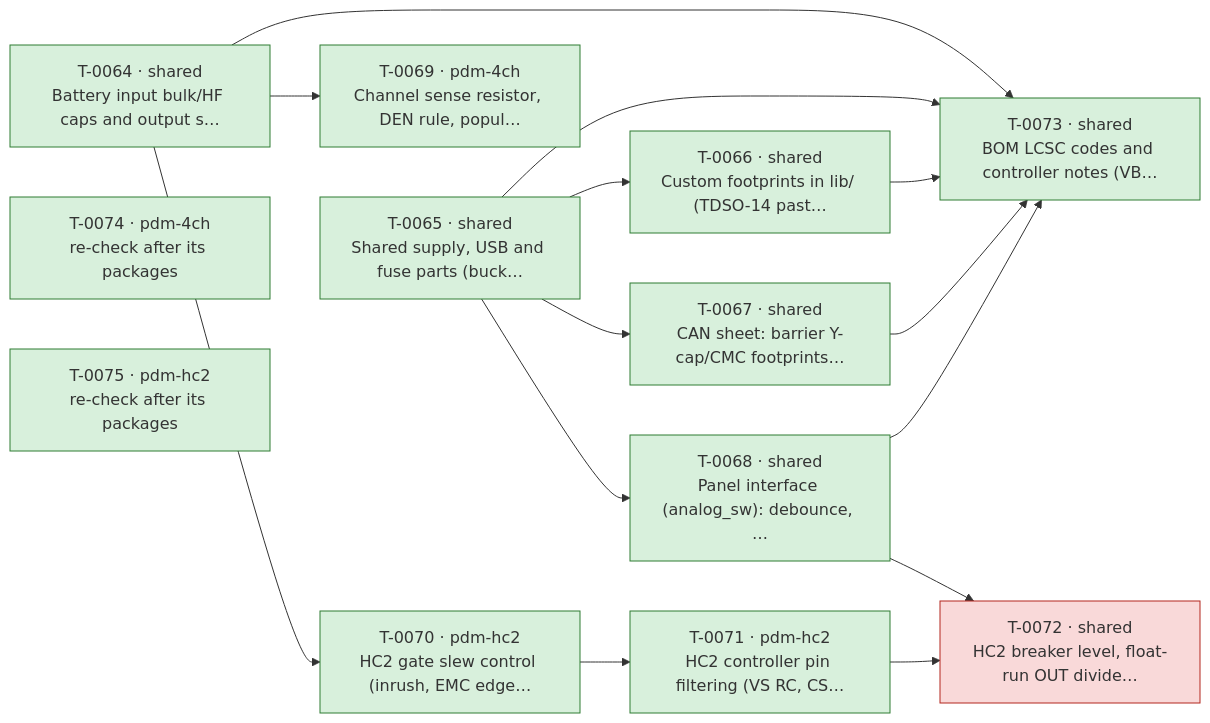
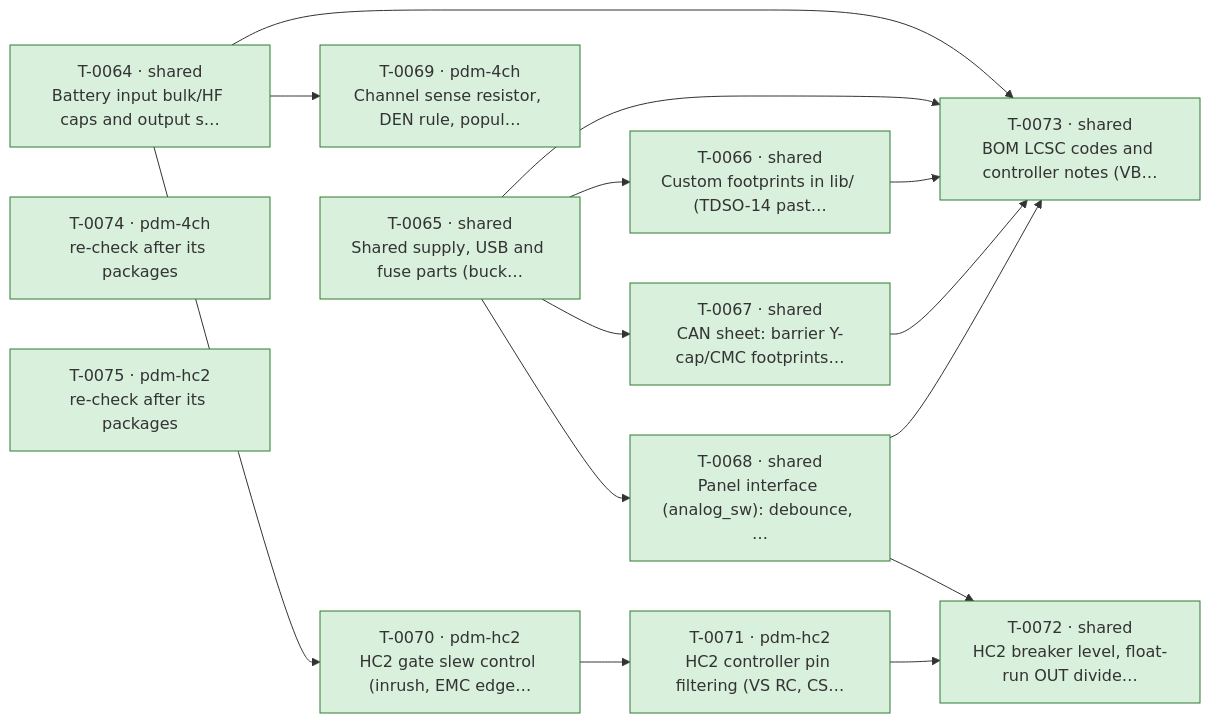
One commit to plektra/ESP32-PDM changed the diagram in docs/ROADMAP.md. Above: the diagram before and after it, drawn with Mermaid. The commit also changed other lines of this file and 1 other file, not shown here.

````diff
--- a/docs/ROADMAP.md
+++ b/docs/ROADMAP.md
@@ -18,32 +18,32 @@
 ```mermaid
 flowchart LR
   T0064["T-0064 · shared<br/>Battery input bulk/HF caps and output s…"]:::done
   T0065["T-0065 · shared<br/>Shared supply, USB and fuse parts (buck…"]:::done
   T0066["T-0066 · shared<br/>Custom footprints in lib/ (TDSO-14 past…"]:::done
   T0067["T-0067 · shared<br/>CAN sheet: barrier Y-cap/CMC footprints…"]:::done
   T0068["T-0068 · shared<br/>Panel interface (analog_sw): debounce, …"]:::done
   T0069["T-0069 · pdm-4ch<br/>Channel sense resistor, DEN rule, popul…"]:::done
   T0070["T-0070 · pdm-hc2<br/>HC2 gate slew control (inrush, EMC edge…"]:::done
   T0071["T-0071 · pdm-hc2<br/>HC2 controller pin filtering (VS RC, CS…"]:::done
-  T0072["T-0072 · shared<br/>HC2 breaker level, float-run OUT divide…"]:::failed
+  T0072["T-0072 · shared<br/>HC2 breaker level, float-run OUT divide…"]:::done
   T0073["T-0073 · shared<br/>BOM LCSC codes and controller notes (VB…"]:::done
   T0074["T-0074 · pdm-4ch<br/>re-check after its packages"]:::done
   T0075["T-0075 · pdm-hc2<br/>re-check after its packages"]:::done
   T0065 --> T0066
   T0065 --> T0067
   T0065 --> T0068
   T0064 --> T0069
   T0064 --> T0070
   T0070 --> T0071
   T0068 --> T0072
   T0071 --> T0072
   T0064 --> T0073
   T0065 --> T0073
   T0066 --> T0073
   T0067 --> T0073
   T0068 --> T0073
   classDef done fill:#d8f0dc,stroke:#2e7d32
   classDef running fill:#d6e6ff,stroke:#1f5fbf
   classDef ready fill:#f2f2f2,stroke:#888
   classDef failed fill:#f9d9d9,stroke:#b3261e
 ```
````
